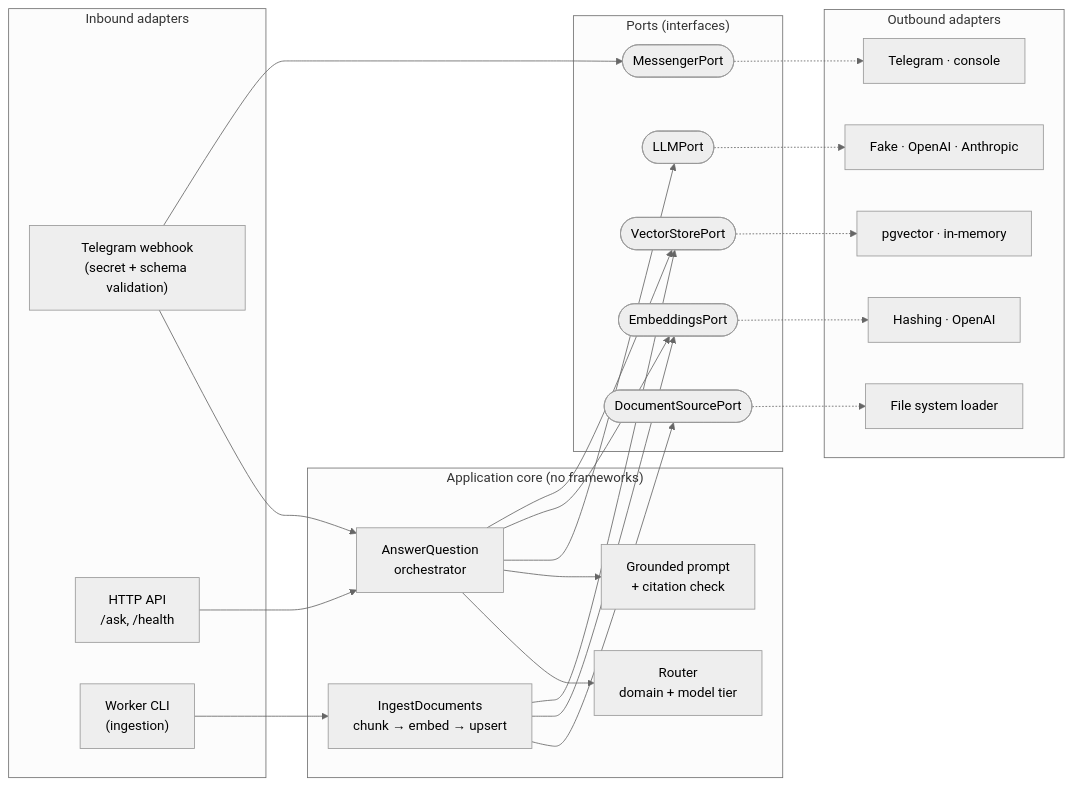
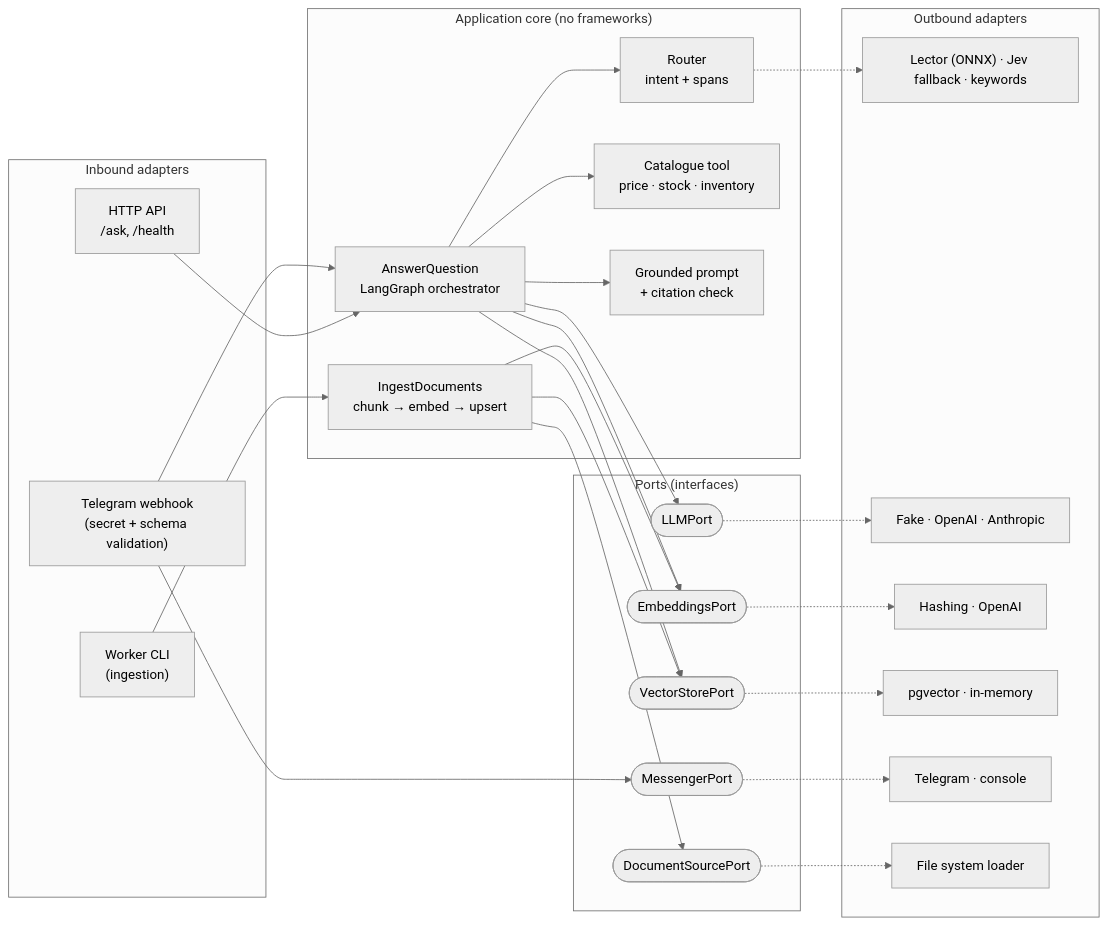
One commit to YeyitoDev/bodeguero-bot changed the diagram in README.md. Above: the diagram before and after it, drawn with Mermaid (neutral theme). The commit also changed other lines of this file, not shown here.

First line of the commit message:
Document the current architecture: lector, catalogue tool, Fly

````diff
--- a/README.md
+++ b/README.md
@@ -15,45 +18,49 @@
 ```mermaid
 flowchart LR
     subgraph IN["Inbound adapters"]
         TG["Telegram webhook<br/>(secret + schema validation)"]
         API["HTTP API<br/>/ask, /health"]
         WK["Worker CLI<br/>(ingestion)"]
     end
 
     subgraph CORE["Application core (no frameworks)"]
-        AQ["AnswerQuestion<br/>orchestrator"]
-        RT["Router<br/>domain + model tier"]
+        AQ["AnswerQuestion<br/>LangGraph orchestrator"]
+        RT["Router<br/>intent + spans"]
+        CAT["Catalogue tool<br/>price · stock · inventory"]
         PR["Grounded prompt<br/>+ citation check"]
         IG["IngestDocuments<br/>chunk → embed → upsert"]
     end
 
     subgraph PORTS["Ports (interfaces)"]
         LP(["LLMPort"])
         EP(["EmbeddingsPort"])
         VP(["VectorStorePort"])
         MP(["MessengerPort"])
         DP(["DocumentSourcePort"])
     end
 
     subgraph OUT["Outbound adapters"]
+        CLS["Lector (ONNX) · Jev fallback · keywords"]
         LLM["Fake · OpenAI · Anthropic"]
         EMB["Hashing · OpenAI"]
         VS["pgvector · in-memory"]
         MSG["Telegram · console"]
         FS["File system loader"]
     end
 
     TG --> AQ
     API --> AQ
     WK --> IG
     AQ --> RT
+    AQ --> CAT
     AQ --> PR
+    RT -.-> CLS
     AQ --> LP & EP & VP
     TG --> MP
     IG --> DP & EP & VP
     LP -.-> LLM
     EP -.-> EMB
     VP -.-> VS
     MP -.-> MSG
     DP -.-> FS
 ```
````
